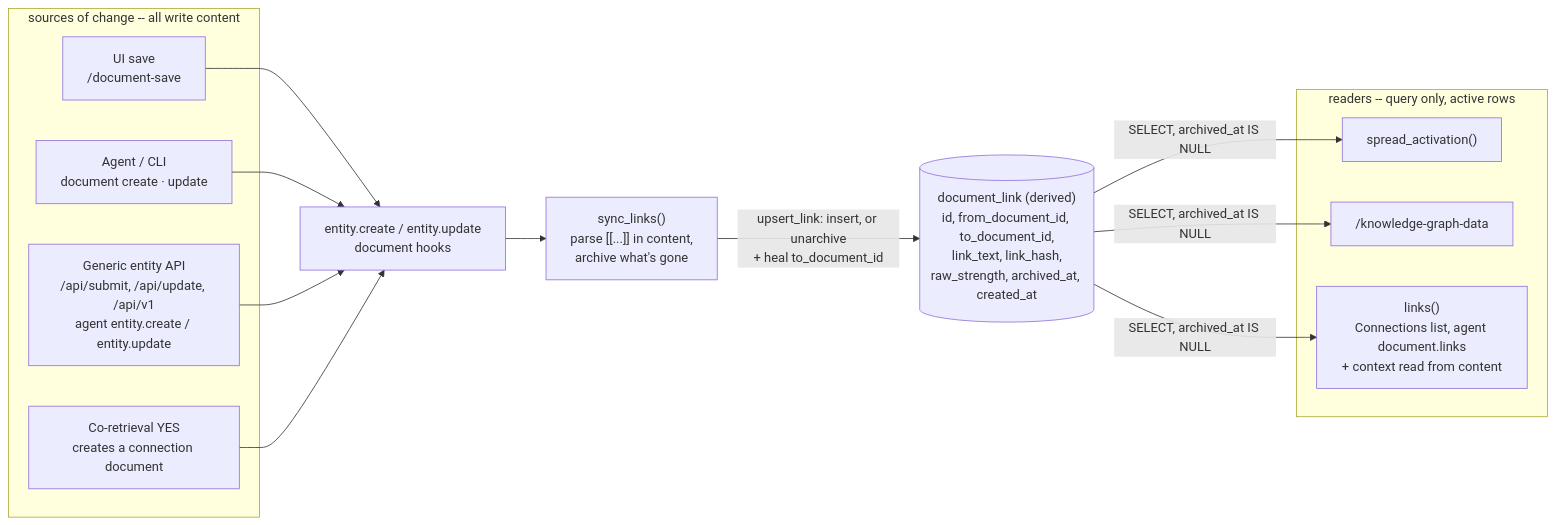
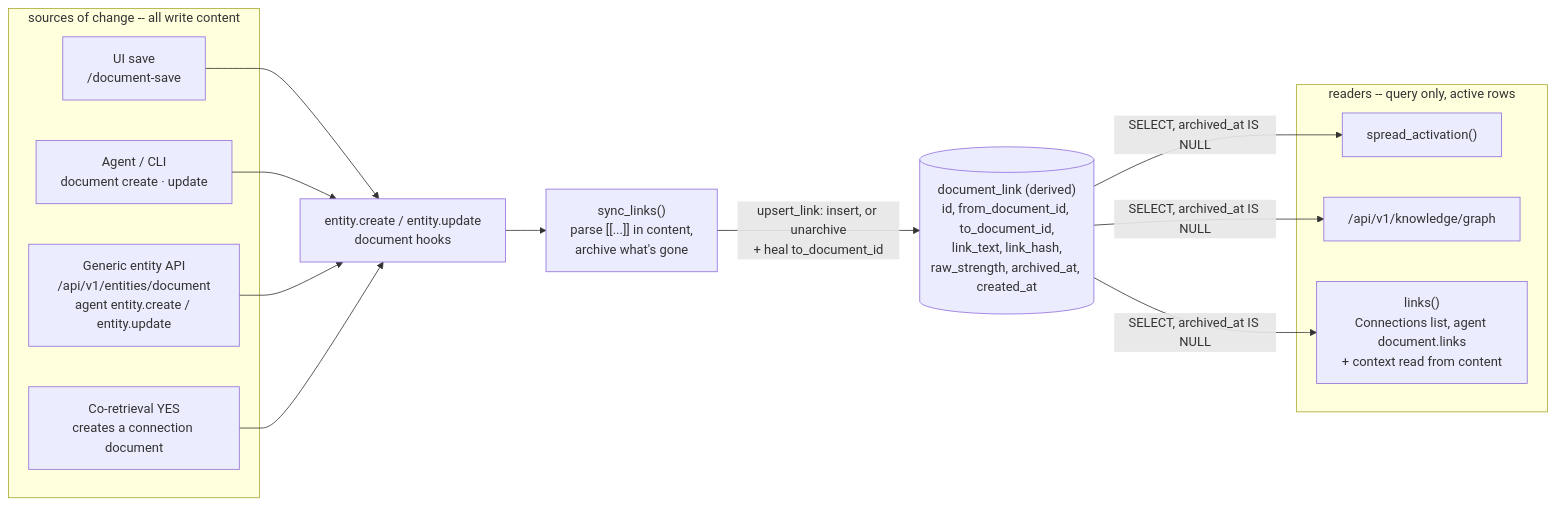
The diagram in doc/document-link-flow.md (BenSiv/daat), drawn with Mermaid before and after one commit. The commit also changed other lines of this file and 49 other files, not shown here.

````diff
--- a/doc/document-link-flow.md
+++ b/doc/document-link-flow.md
@@ -5,31 +5,31 @@
 ```mermaid
 flowchart LR
     subgraph SRC["sources of change -- all write content"]
         A1["UI save<br/>/document-save"]
         A2["Agent / CLI<br/>document create &middot; update"]
-        A3["Generic entity API<br/>/api/submit, /api/update, /api/v1<br/>agent entity.create / entity.update"]
+        A3["Generic entity API<br/>/api/v1/entities/document<br/>agent entity.create / entity.update"]
         A4["Co-retrieval YES<br/>creates a connection document"]
     end
 
     H["entity.create / entity.update<br/>document hooks"]
     P1["sync_links()<br/>parse [[...]] in content,<br/>archive what's gone"]
 
     T[("document_link (derived)<br/>id, from_document_id, to_document_id,<br/>link_text, link_hash,<br/>raw_strength, archived_at, created_at")]
 
     subgraph READ["readers -- query only, active rows"]
         R1["spread_activation()"]
-        R2["/knowledge-graph-data"]
+        R2["/api/v1/knowledge/graph"]
         R3["links()<br/>Connections list, agent document.links<br/>+ context read from content"]
     end
 
     A1 --> H
     A2 --> H
     A3 --> H
     A4 --> H
     H --> P1
     P1 -->|upsert_link: insert, or unarchive<br/>+ heal to_document_id| T
 
     T -->|SELECT, archived_at IS NULL| R1
     T -->|SELECT, archived_at IS NULL| R2
     T -->|SELECT, archived_at IS NULL| R3
 ```
````
